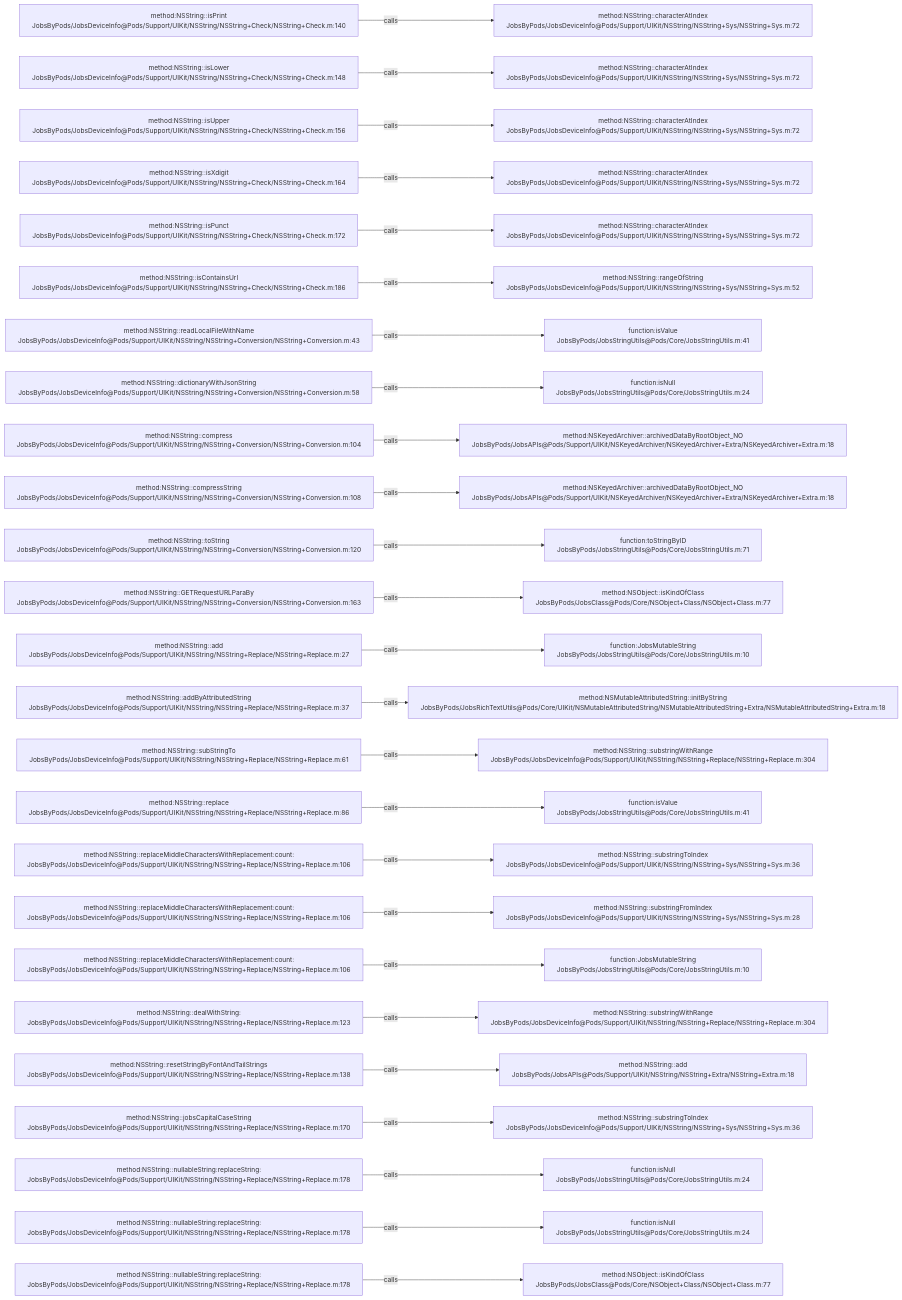
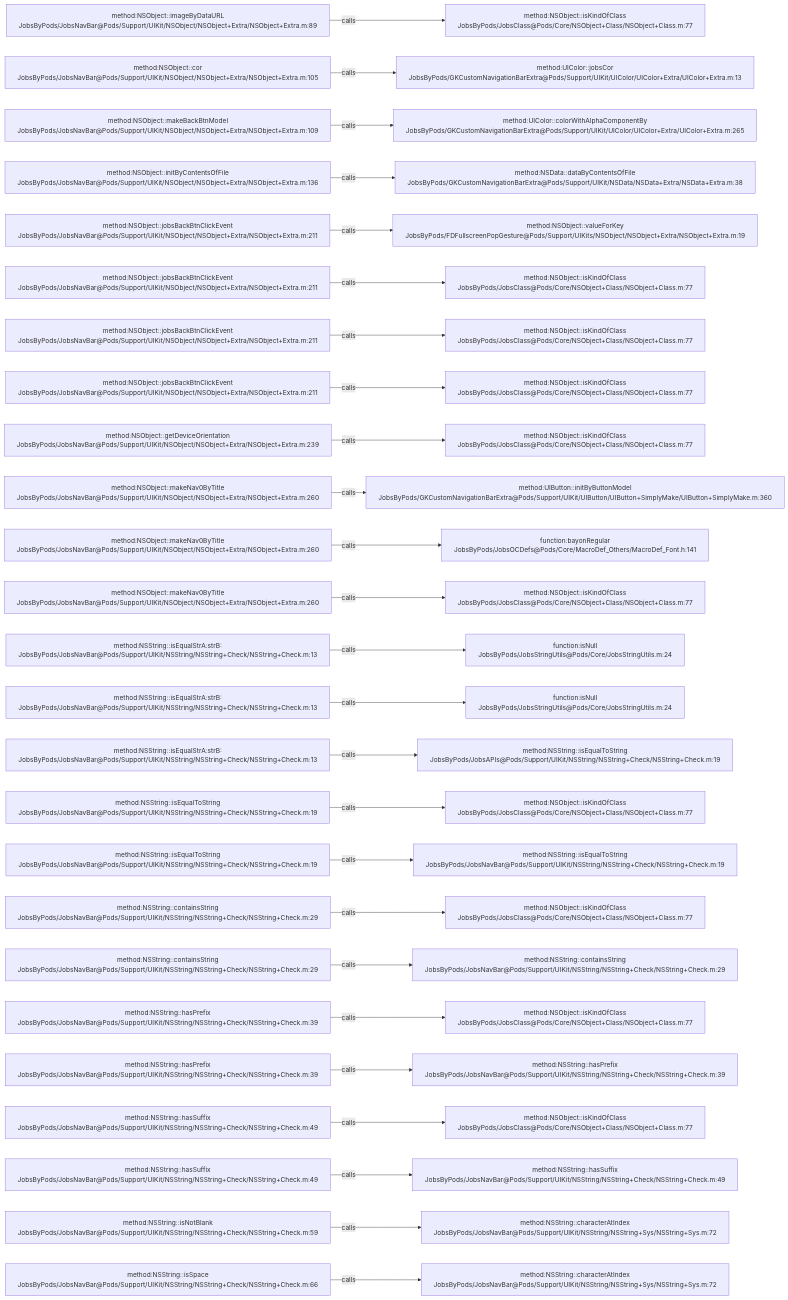
The diagram in .codegraph/codegraph.md/graphs/calls-118.md (JobsKits/JobsOCBaseConfigDemo), drawn with Mermaid before and after one commit. The commit also changed 1026 other files, not shown here.

````diff
--- a/.codegraph/codegraph.md/graphs/calls-118.md
+++ b/.codegraph/codegraph.md/graphs/calls-118.md
@@ -13,78 +13,78 @@
 ```mermaid
 flowchart LR
-  S1["method:NSString::isPrint<br/>JobsByPods/JobsDeviceInfo@Pods/Support/UIKit/NSString/NSString+Check/NSString+Check.m:140"]
-  T1["method:NSString::characterAtIndex<br/>JobsByPods/JobsDeviceInfo@Pods/Support/UIKit/NSString/NSString+Sys/NSString+Sys.m:72"]
+  S1["method:NSObject::imageByDataURL<br/>JobsByPods/JobsNavBar@Pods/Support/UIKit/NSObject/NSObject+Extra/NSObject+Extra.m:89"]
+  T1["method:NSObject::isKindOfClass<br/>JobsByPods/JobsClass@Pods/Core/NSObject+Class/NSObject+Class.m:77"]
   S1 -->|calls| T1
-  S2["method:NSString::isLower<br/>JobsByPods/JobsDeviceInfo@Pods/Support/UIKit/NSString/NSString+Check/NSString+Check.m:148"]
-  T2["method:NSString::characterAtIndex<br/>JobsByPods/JobsDeviceInfo@Pods/Support/UIKit/NSString/NSString+Sys/NSString+Sys.m:72"]
+  S2["method:NSObject::cor<br/>JobsByPods/JobsNavBar@Pods/Support/UIKit/NSObject/NSObject+Extra/NSObject+Extra.m:105"]
+  T2["method:UIColor::jobsCor<br/>JobsByPods/GKCustomNavigationBarExtra@Pods/Support/UIKit/UIColor/UIColor+Extra/UIColor+Extra.m:13"]
   S2 -->|calls| T2
-  S3["method:NSString::isUpper<br/>JobsByPods/JobsDeviceInfo@Pods/Support/UIKit/NSString/NSString+Check/NSString+Check.m:156"]
-  T3["method:NSString::characterAtIndex<br/>JobsByPods/JobsDeviceInfo@Pods/Support/UIKit/NSString/NSString+Sys/NSString+Sys.m:72"]
+  S3["method:NSObject::makeBackBtnModel<br/>JobsByPods/JobsNavBar@Pods/Support/UIKit/NSObject/NSObject+Extra/NSObject+Extra.m:109"]
+  T3["method:UIColor::colorWithAlphaComponentBy<br/>JobsByPods/GKCustomNavigationBarExtra@Pods/Support/UIKit/UIColor/UIColor+Extra/UIColor+Extra.m:265"]
   S3 -->|calls| T3
-  S4["method:NSString::isXdigit<br/>JobsByPods/JobsDeviceInfo@Pods/Support/UIKit/NSString/NSString+Check/NSString+Check.m:164"]
-  T4["method:NSString::characterAtIndex<br/>JobsByPods/JobsDeviceInfo@Pods/Support/UIKit/NSString/NSString+Sys/NSString+Sys.m:72"]
+  S4["method:NSObject::initByContentsOfFile<br/>JobsByPods/JobsNavBar@Pods/Support/UIKit/NSObject/NSObject+Extra/NSObject+Extra.m:136"]
+  T4["method:NSData::dataByContentsOfFile<br/>JobsByPods/GKCustomNavigationBarExtra@Pods/Support/UIKit/NSData/NSData+Extra/NSData+Extra.m:38"]
   S4 -->|calls| T4
-  S5["method:NSString::isPunct<br/>JobsByPods/JobsDeviceInfo@Pods/Support/UIKit/NSString/NSString+Check/NSString+Check.m:172"]
-  T5["method:NSString::characterAtIndex<br/>JobsByPods/JobsDeviceInfo@Pods/Support/UIKit/NSString/NSString+Sys/NSString+Sys.m:72"]
+  S5["method:NSObject::jobsBackBtnClickEvent<br/>JobsByPods/JobsNavBar@Pods/Support/UIKit/NSObject/NSObject+Extra/NSObject+Extra.m:211"]
+  T5["method:NSObject::valueForKey<br/>JobsByPods/FDFullscreenPopGesture@Pods/Support/UIKits/NSObject/NSObject+Extra/NSObject+Extra.m:19"]
   S5 -->|calls| T5
-  S6["method:NSString::isContainsUrl<br/>JobsByPods/JobsDeviceInfo@Pods/Support/UIKit/NSString/NSString+Check/NSString+Check.m:186"]
-  T6["method:NSString::rangeOfString<br/>JobsByPods/JobsDeviceInfo@Pods/Support/UIKit/NSString/NSString+Sys/NSString+Sys.m:52"]
+  S6["method:NSObject::jobsBackBtnClickEvent<br/>JobsByPods/JobsNavBar@Pods/Support/UIKit/NSObject/NSObject+Extra/NSObject+Extra.m:211"]
+  T6["method:NSObject::isKindOfClass<br/>JobsByPods/JobsClass@Pods/Core/NSObject+Class/NSObject+Class.m:77"]
   S6 -->|calls| T6
-  S7["method:NSString::readLocalFileWithName<br/>JobsByPods/JobsDeviceInfo@Pods/Support/UIKit/NSString/NSString+Conversion/NSString+Conversion.m:43"]
-  T7["function:isValue<br/>JobsByPods/JobsStringUtils@Pods/Core/JobsStringUtils.m:41"]
+  S7["method:NSObject::jobsBackBtnClickEvent<br/>JobsByPods/JobsNavBar@Pods/Support/UIKit/NSObject/NSObject+Extra/NSObject+Extra.m:211"]
+  T7["method:NSObject::isKindOfClass<br/>JobsByPods/JobsClass@Pods/Core/NSObject+Class/NSObject+Class.m:77"]
   S7 -->|calls| T7
-  S8["method:NSString::dictionaryWithJsonString<br/>JobsByPods/JobsDeviceInfo@Pods/Support/UIKit/NSString/NSString+Conversion/NSString+Conversion.m:58"]
-  T8["function:isNull<br/>JobsByPods/JobsStringUtils@Pods/Core/JobsStringUtils.m:24"]
+  S8["method:NSObject::jobsBackBtnClickEvent<br/>JobsByPods/JobsNavBar@Pods/Support/UIKit/NSObject/NSObject+Extra/NSObject+Extra.m:211"]
+  T8["method:NSObject::isKindOfClass<br/>JobsByPods/JobsClass@Pods/Core/NSObject+Class/NSObject+Class.m:77"]
   S8 -->|calls| T8
-  S9["method:NSString::compress<br/>JobsByPods/JobsDeviceInfo@Pods/Support/UIKit/NSString/NSString+Conversion/NSString+Conversion.m:104"]
-  T9["method:NSKeyedArchiver::archivedDataByRootObject_NO<br/>JobsByPods/JobsAPIs@Pods/Support/UIKit/NSKeyedArchiver/NSKeyedArchiver+Extra/NSKeyedArchiver+Extra.m:18"]
+  S9["method:NSObject::getDeviceOrientation<br/>JobsByPods/JobsNavBar@Pods/Support/UIKit/NSObject/NSObject+Extra/NSObject+Extra.m:239"]
+  T9["method:NSObject::isKindOfClass<br/>JobsByPods/JobsClass@Pods/Core/NSObject+Class/NSObject+Class.m:77"]
   S9 -->|calls| T9
-  S10["method:NSString::compressString<br/>JobsByPods/JobsDeviceInfo@Pods/Support/UIKit/NSString/NSString+Conversion/NSString+Conversion.m:108"]
-  T10["method:NSKeyedArchiver::archivedDataByRootObject_NO<br/>JobsByPods/JobsAPIs@Pods/Support/UIKit/NSKeyedArchiver/NSKeyedArchiver+Extra/NSKeyedArchiver+Extra.m:18"]
+  S10["method:NSObject::makeNav0ByTitle<br/>JobsByPods/JobsNavBar@Pods/Support/UIKit/NSObject/NSObject+Extra/NSObject+Extra.m:260"]
+  T10["method:UIButton::initByButtonModel<br/>JobsByPods/GKCustomNavigationBarExtra@Pods/Support/UIKit/UIButton/UIButton+SimplyMake/UIButton+SimplyMake.m:360"]
   S10 -->|calls| T10
-  S11["method:NSString::toString<br/>JobsByPods/JobsDeviceInfo@Pods/Support/UIKit/NSString/NSString+Conversion/NSString+Conversion.m:120"]
-  T11["function:toStringByID<br/>JobsByPods/JobsStringUtils@Pods/Core/JobsStringUtils.m:71"]
+  S11["method:NSObject::makeNav0ByTitle<br/>JobsByPods/JobsNavBar@Pods/Support/UIKit/NSObject/NSObject+Extra/NSObject+Extra.m:260"]
+  T11["function:bayonRegular<br/>JobsByPods/JobsOCDefs@Pods/Core/MacroDef_Others/MacroDef_Font.h:141"]
   S11 -->|calls| T11
-  S12["method:NSString::GETRequestURLParaBy<br/>JobsByPods/JobsDeviceInfo@Pods/Support/UIKit/NSString/NSString+Conversion/NSString+Conversion.m:163"]
+  S12["method:NSObject::makeNav0ByTitle<br/>JobsByPods/JobsNavBar@Pods/Support/UIKit/NSObject/NSObject+Extra/NSObject+Extra.m:260"]
   T12["method:NSObject::isKindOfClass<br/>JobsByPods/JobsClass@Pods/Core/NSObject+Class/NSObject+Class.m:77"]
   S12 -->|calls| T12
-  S13["method:NSString::add<br/>JobsByPods/JobsDeviceInfo@Pods/Support/UIKit/NSString/NSString+Replace/NSString+Replace.m:27"]
-  T13["function:JobsMutableString<br/>JobsByPods/JobsStringUtils@Pods/Core/JobsStringUtils.m:10"]
+  S13["method:NSString::isEqualStrA:strB:<br/>JobsByPods/JobsNavBar@Pods/Support/UIKit/NSString/NSString+Check/NSString+Check.m:13"]
+  T13["function:isNull<br/>JobsByPods/JobsStringUtils@Pods/Core/JobsStringUtils.m:24"]
   S13 -->|calls| T13
-  S14["method:NSString::addByAttributedString<br/>JobsByPods/JobsDeviceInfo@Pods/Support/UIKit/NSString/NSString+Replace/NSString+Replace.m:37"]
-  T14["method:NSMutableAttributedString::initByString<br/>JobsByPods/JobsRichTextUtils@Pods/Core/UIKit/NSMutableAttributedString/NSMutableAttributedString+Extra/NSMutableAttributedString+Extra.m:18"]
+  S14["method:NSString::isEqualStrA:strB:<br/>JobsByPods/JobsNavBar@Pods/Support/UIKit/NSString/NSString+Check/NSString+Check.m:13"]
+  T14["function:isNull<br/>JobsByPods/JobsStringUtils@Pods/Core/JobsStringUtils.m:24"]
   S14 -->|calls| T14
-  S15["method:NSString::subStringTo<br/>JobsByPods/JobsDeviceInfo@Pods/Support/UIKit/NSString/NSString+Replace/NSString+Replace.m:61"]
-  T15["method:NSString::substringWithRange<br/>JobsByPods/JobsDeviceInfo@Pods/Support/UIKit/NSString/NSString+Replace/NSString+Replace.m:304"]
+  S15["method:NSString::isEqualStrA:strB:<br/>JobsByPods/JobsNavBar@Pods/Support/UIKit/NSString/NSString+Check/NSString+Check.m:13"]
+  T15["method:NSString::isEqualToString<br/>JobsByPods/JobsAPIs@Pods/Support/UIKit/NSString/NSString+Check/NSString+Check.m:19"]
   S15 -->|calls| T15
-  S16["method:NSString::replace<br/>JobsByPods/JobsDeviceInfo@Pods/Support/UIKit/NSString/NSString+Replace/NSString+Replace.m:86"]
-  T16["function:isValue<br/>JobsByPods/JobsStringUtils@Pods/Core/JobsStringUtils.m:41"]
+  S16["method:NSString::isEqualToString<br/>JobsByPods/JobsNavBar@Pods/Support/UIKit/NSString/NSString+Check/NSString+Check.m:19"]
+  T16["method:NSObject::isKindOfClass<br/>JobsByPods/JobsClass@Pods/Core/NSObject+Class/NSObject+Class.m:77"]
   S16 -->|calls| T16
-  S17["method:NSString::replaceMiddleCharactersWithReplacement:count:<br/>JobsByPods/JobsDeviceInfo@Pods/Support/UIKit/NSString/NSString+Replace/NSString+Replace.m:106"]
-  T17["method:NSString::substringToIndex<br/>JobsByPods/JobsDeviceInfo@Pods/Support/UIKit/NSString/NSString+Sys/NSString+Sys.m:36"]
+  S17["method:NSString::isEqualToString<br/>JobsByPods/JobsNavBar@Pods/Support/UIKit/NSString/NSString+Check/NSString+Check.m:19"]
+  T17["method:NSString::isEqualToString<br/>JobsByPods/JobsNavBar@Pods/Support/UIKit/NSString/NSString+Check/NSString+Check.m:19"]
   S17 -->|calls| T17
-  S18["method:NSString::replaceMiddleCharactersWithReplacement:count:<br/>JobsByPods/JobsDeviceInfo@Pods/Support/UIKit/NSString/NSString+Replace/NSString+Replace.m:106"]
-  T18["method:NSString::substringFromIndex<br/>JobsByPods/JobsDeviceInfo@Pods/Support/UIKit/NSString/NSString+Sys/NSString+Sys.m:28"]
+  S18["method:NSString::containsString<br/>JobsByPods/JobsNavBar@Pods/Support/UIKit/NSString/NSString+Check/NSString+Check.m:29"]
+  T18["method:NSObject::isKindOfClass<br/>JobsByPods/JobsClass@Pods/Core/NSObject+Class/NSObject+Class.m:77"]
   S18 -->|calls| T18
-  S19["method:NSString::replaceMiddleCharactersWithReplacement:count:<br/>JobsByPods/JobsDeviceInfo@Pods/Support/UIKit/NSString/NSString+Replace/NSString+Replace.m:106"]
-  T19["function:JobsMutableString<br/>JobsByPods/JobsStringUtils@Pods/Core/JobsStringUtils.m:10"]
+  S19["method:NSString::containsString<br/>JobsByPods/JobsNavBar@Pods/Support/UIKit/NSString/NSString+Check/NSString+Check.m:29"]
+  T19["method:NSString::containsString<br/>JobsByPods/JobsNavBar@Pods/Support/UIKit/NSString/NSString+Check/NSString+Check.m:29"]
   S19 -->|calls| T19
-  S20["method:NSString::dealWithString:<br/>JobsByPods/JobsDeviceInfo@Pods/Support/UIKit/NSString/NSString+Replace/NSString+Replace.m:123"]
-  T20["method:NSString::substringWithRange<br/>JobsByPods/JobsDeviceInfo@Pods/Support/UIKit/NSString/NSString+Replace/NSString+Replace.m:304"]
+  S20["method:NSString::hasPrefix<br/>JobsByPods/JobsNavBar@Pods/Support/UIKit/NSString/NSString+Check/NSString+Check.m:39"]
+  T20["method:NSObject::isKindOfClass<br/>JobsByPods/JobsClass@Pods/Core/NSObject+Class/NSObject+Class.m:77"]
   S20 -->|calls| T20
-  S21["method:NSString::resetStringByFontAndTailStrings<br/>JobsByPods/JobsDeviceInfo@Pods/Support/UIKit/NSString/NSString+Replace/NSString+Replace.m:138"]
-  T21["method:NSString::add<br/>JobsByPods/JobsAPIs@Pods/Support/UIKit/NSString/NSString+Extra/NSString+Extra.m:18"]
+  S21["method:NSString::hasPrefix<br/>JobsByPods/JobsNavBar@Pods/Support/UIKit/NSString/NSString+Check/NSString+Check.m:39"]
+  T21["method:NSString::hasPrefix<br/>JobsByPods/JobsNavBar@Pods/Support/UIKit/NSString/NSString+Check/NSString+Check.m:39"]
   S21 -->|calls| T21
-  S22["method:NSString::jobsCapitalCaseString<br/>JobsByPods/JobsDeviceInfo@Pods/Support/UIKit/NSString/NSString+Replace/NSString+Replace.m:170"]
-  T22["method:NSString::substringToIndex<br/>JobsByPods/JobsDeviceInfo@Pods/Support/UIKit/NSString/NSString+Sys/NSString+Sys.m:36"]
+  S22["method:NSString::hasSuffix<br/>JobsByPods/JobsNavBar@Pods/Support/UIKit/NSString/NSString+Check/NSString+Check.m:49"]
+  T22["method:NSObject::isKindOfClass<br/>JobsByPods/JobsClass@Pods/Core/NSObject+Class/NSObject+Class.m:77"]
   S22 -->|calls| T22
-  S23["method:NSString::nullableString:replaceString:<br/>JobsByPods/JobsDeviceInfo@Pods/Support/UIKit/NSString/NSString+Replace/NSString+Replace.m:178"]
-  T23["function:isNull<br/>JobsByPods/JobsStringUtils@Pods/Core/JobsStringUtils.m:24"]
+  S23["method:NSString::hasSuffix<br/>JobsByPods/JobsNavBar@Pods/Support/UIKit/NSString/NSString+Check/NSString+Check.m:49"]
+  T23["method:NSString::hasSuffix<br/>JobsByPods/JobsNavBar@Pods/Support/UIKit/NSString/NSString+Check/NSString+Check.m:49"]
   S23 -->|calls| T23
-  S24["method:NSString::nullableString:replaceString:<br/>JobsByPods/JobsDeviceInfo@Pods/Support/UIKit/NSString/NSString+Replace/NSString+Replace.m:178"]
-  T24["function:isNull<br/>JobsByPods/JobsStringUtils@Pods/Core/JobsStringUtils.m:24"]
+  S24["method:NSString::isNotBlank<br/>JobsByPods/JobsNavBar@Pods/Support/UIKit/NSString/NSString+Check/NSString+Check.m:59"]
+  T24["method:NSString::characterAtIndex<br/>JobsByPods/JobsNavBar@Pods/Support/UIKit/NSString/NSString+Sys/NSString+Sys.m:72"]
   S24 -->|calls| T24
-  S25["method:NSString::nullableString:replaceString:<br/>JobsByPods/JobsDeviceInfo@Pods/Support/UIKit/NSString/NSString+Replace/NSString+Replace.m:178"]
-  T25["method:NSObject::isKindOfClass<br/>JobsByPods/JobsClass@Pods/Core/NSObject+Class/NSObject+Class.m:77"]
+  S25["method:NSString::isSpace<br/>JobsByPods/JobsNavBar@Pods/Support/UIKit/NSString/NSString+Check/NSString+Check.m:66"]
+  T25["method:NSString::characterAtIndex<br/>JobsByPods/JobsNavBar@Pods/Support/UIKit/NSString/NSString+Sys/NSString+Sys.m:72"]
   S25 -->|calls| T25
 ```
````
